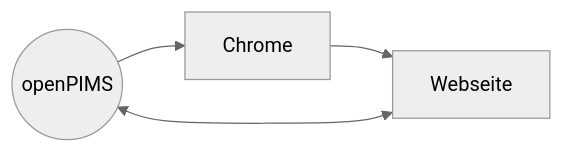
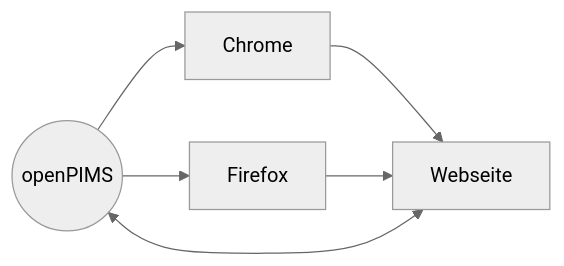
One commit to openpims/openpims changed the first of 3 diagrams in README.md. Above: the diagram before and after it, drawn with Mermaid (neutral theme).

````diff
--- a/README.md
+++ b/README.md
@@ -7,6 +7,8 @@
 ```mermaid
   graph LR;
       A((openPIMS)) --> Chrome;
+      A --> Firefox;
       Chrome --> Webseite;
+      Firefox --> Webseite;
       Webseite <--> A;
 ```
````
